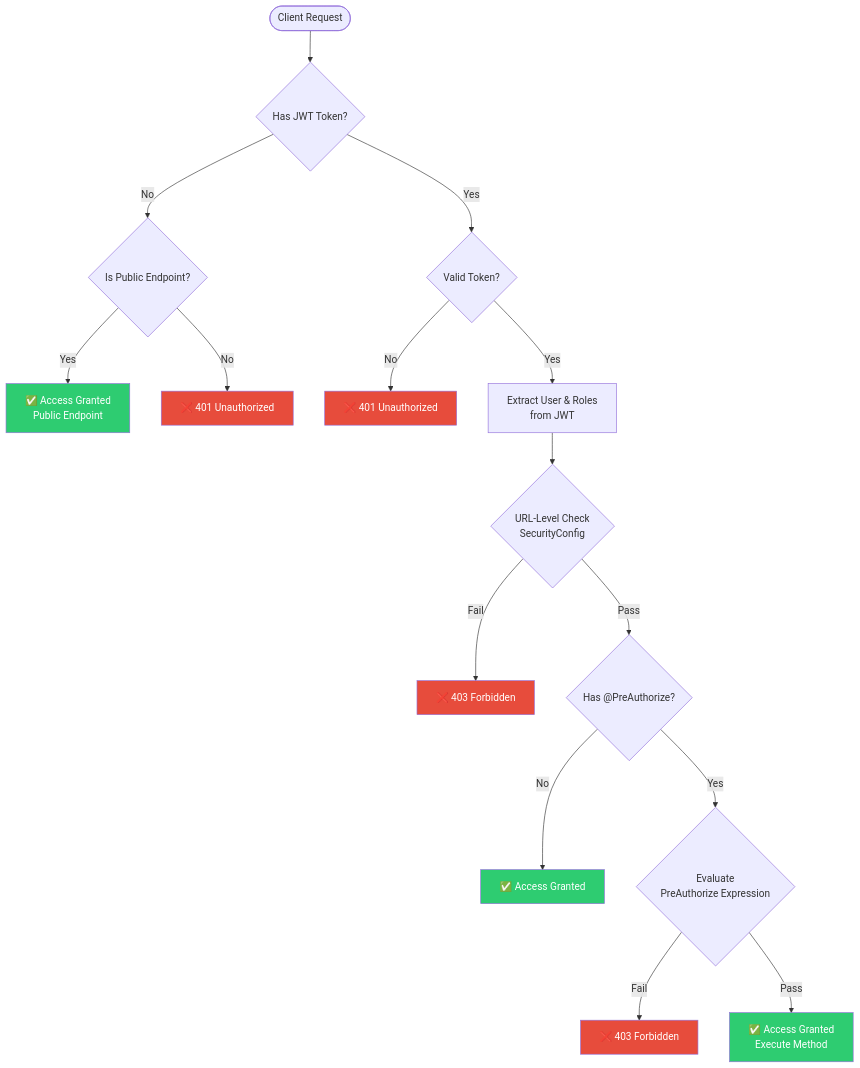
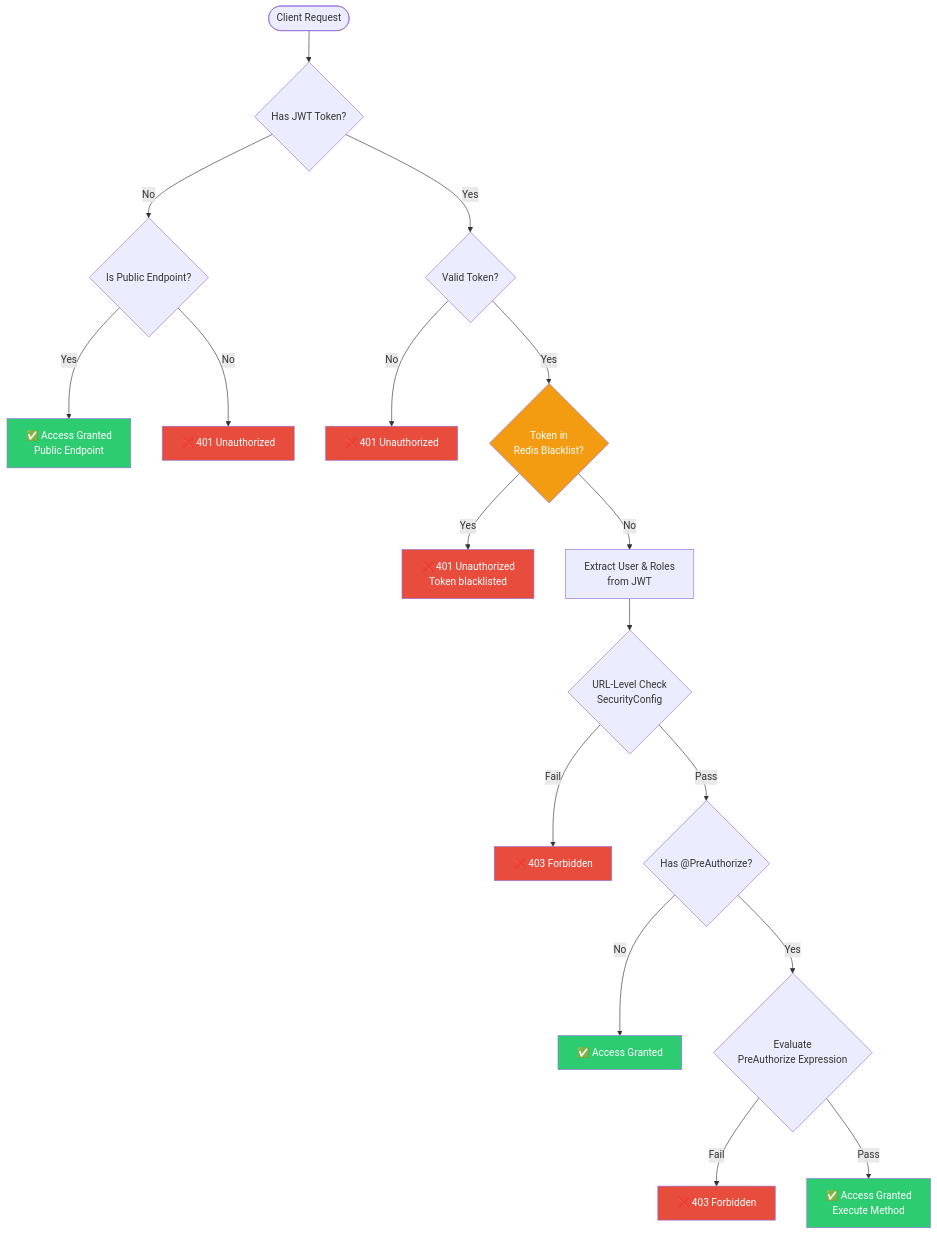
Before and after one commit to HungPhan200591/live-stream-backend: the sixth of 16 diagrams in docs/authorization_flow.md, drawn with Mermaid. The commit also changed other lines of this file and 9 other files, not shown here.

Commit message:
feat: Implement JWT refresh and logout functionality with Redis blacklist support

````diff
--- a/docs/authorization_flow.md
+++ b/docs/authorization_flow.md
@@ -39,32 +188,37 @@
 ```mermaid
 flowchart TD
     Start([Client Request]) --> HasToken{Has JWT Token?}
     
     HasToken -->|No| CheckPublic{Is Public Endpoint?}
     HasToken -->|Yes| ValidToken{Valid Token?}
     
     CheckPublic -->|Yes| Public[✅ Access Granted<br/>Public Endpoint]
     CheckPublic -->|No| Reject1[❌ 401 Unauthorized]
     
     ValidToken -->|No| Reject2[❌ 401 Unauthorized]
-    ValidToken -->|Yes| ExtractUser[Extract User & Roles<br/>from JWT]
+    ValidToken -->|Yes| CheckBlacklist{Token in<br/>Redis Blacklist?}
+    
+    CheckBlacklist -->|Yes| Reject5[❌ 401 Unauthorized<br/>Token blacklisted]
+    CheckBlacklist -->|No| ExtractUser[Extract User & Roles<br/>from JWT]
     
     ExtractUser --> URLCheck{URL-Level Check<br/>SecurityConfig}
     
     URLCheck -->|Fail| Reject3[❌ 403 Forbidden]
     URLCheck -->|Pass| MethodCheck{Has @PreAuthorize?}
     
     MethodCheck -->|No| Success1[✅ Access Granted]
     MethodCheck -->|Yes| CheckPreAuth{Evaluate<br/>PreAuthorize Expression}
     
     CheckPreAuth -->|Fail| Reject4[❌ 403 Forbidden]
     CheckPreAuth -->|Pass| Success2[✅ Access Granted<br/>Execute Method]
     
     style Public fill:#2ecc71,color:#fff
     style Success1 fill:#2ecc71,color:#fff
     style Success2 fill:#2ecc71,color:#fff
     style Reject1 fill:#e74c3c,color:#fff
     style Reject2 fill:#e74c3c,color:#fff
     style Reject3 fill:#e74c3c,color:#fff
     style Reject4 fill:#e74c3c,color:#fff
+    style Reject5 fill:#e74c3c,color:#fff
+    style CheckBlacklist fill:#f39c12,color:#fff
 ```
````
